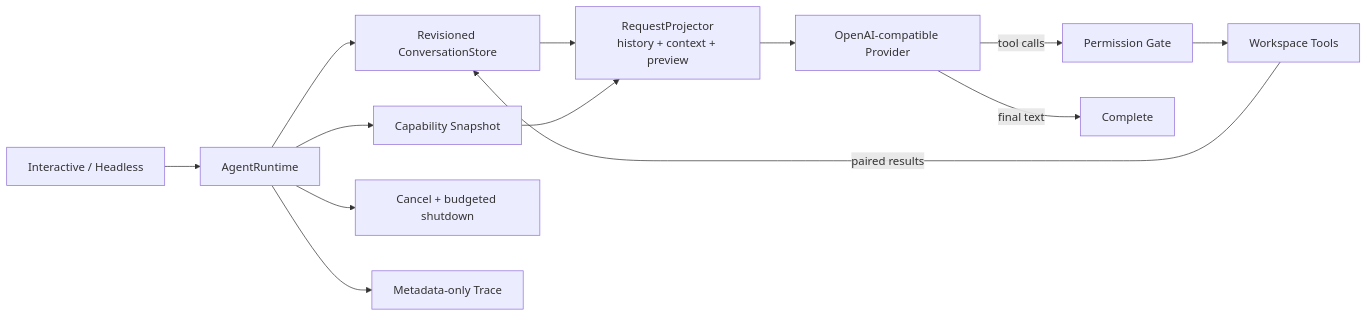
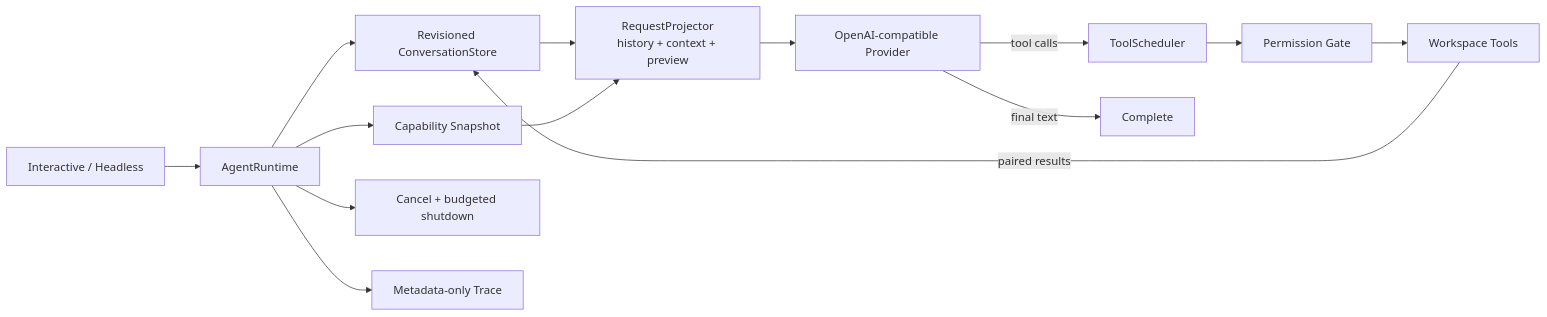
Before and after one commit to bai201928/claude-code-source-course: the third of 3 diagrams in README.md, drawn with Mermaid. The commit also changed other lines of this file and 49 other files, not shown here.

````diff
--- a/README.md
+++ b/README.md
@@ -71,15 +72,16 @@
 ```mermaid
 flowchart LR
   CLI["Interactive / Headless"] --> AR["AgentRuntime"]
   AR --> CS["Revisioned ConversationStore"]
   CS --> RP["RequestProjector\nhistory + context + preview"]
   AR --> SNAP["Capability Snapshot"]
   SNAP --> RP
   RP --> LLM["OpenAI-compatible Provider"]
-  LLM -->|"tool calls"| PG["Permission Gate"]
+  LLM -->|"tool calls"| SCH["ToolScheduler"]
+  SCH --> PG["Permission Gate"]
   PG --> TOOLS["Workspace Tools"]
   TOOLS -->|"paired results"| CS
   LLM -->|"final text"| DONE["Complete"]
   AR --> ABORT["Cancel + budgeted shutdown"]
   AR --> TRACE["Metadata-only Trace"]
 ```
````
